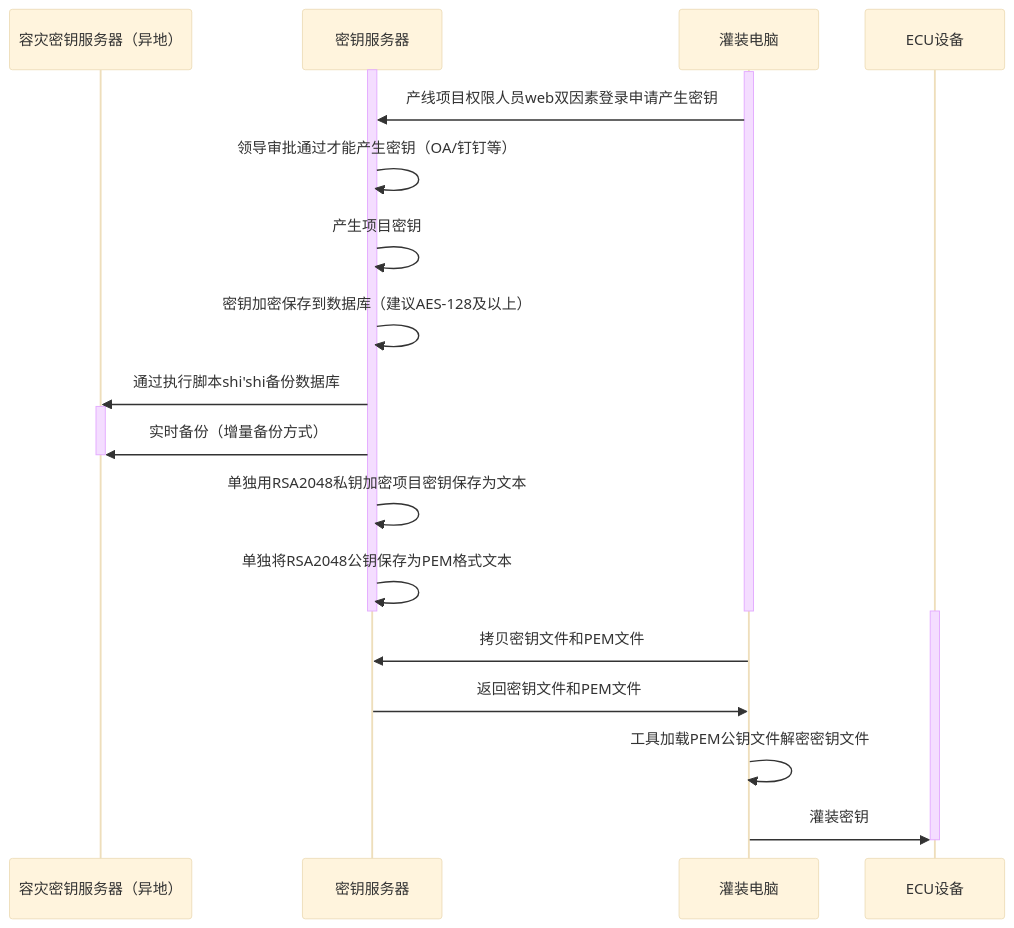
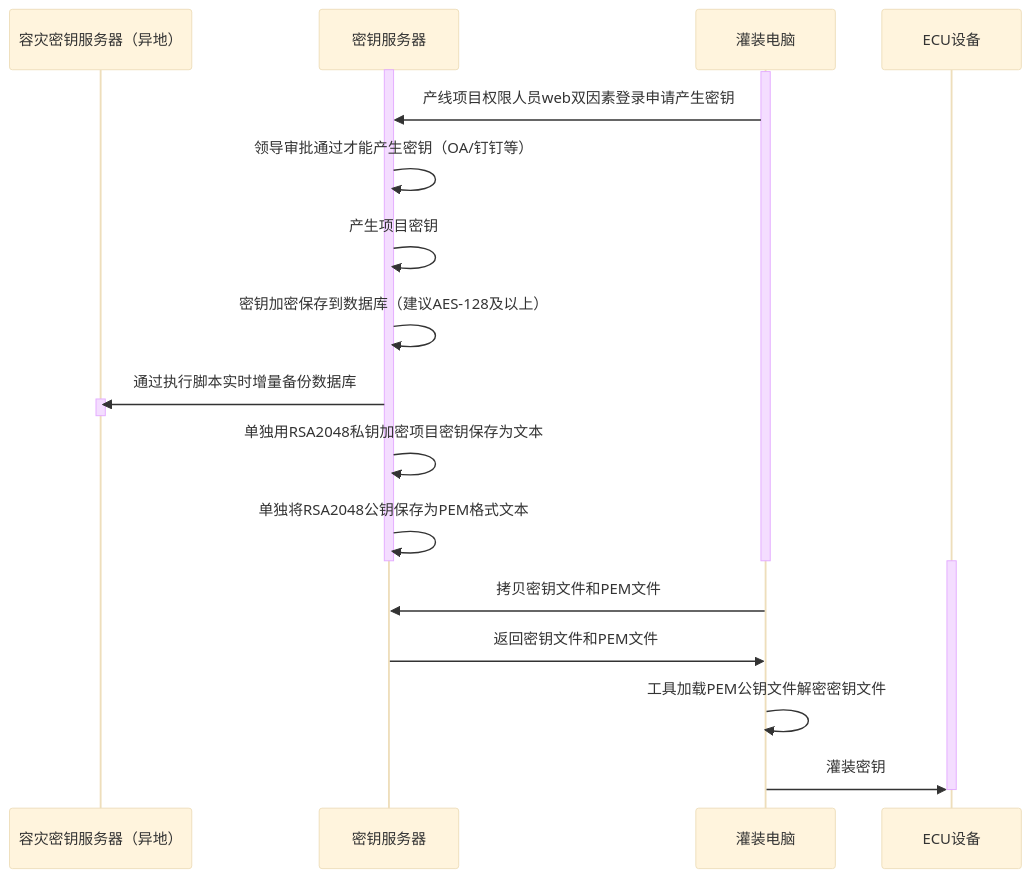
The diagram in all/未命名-15.md (facebook-cloud/iodraw-files), drawn with Mermaid (base theme) before and after one commit.

Commit message:
2026-02-11 19:33:16 update

````diff
--- a/all/未命名-15.md
+++ b/all/未命名-15.md
@@ -1,31 +1,31 @@
 ```mermaid
 sequenceDiagram
     participant A as 容灾密钥服务器（异地）
     participant B as 密钥服务器
     participant D as 灌装电脑
     participant E as ECU设备
 
     activate B
     activate D
     D->>B: 产线项目权限人员web双因素登录申请产生密钥
     B->>B: 领导审批通过才能产生密钥（OA/钉钉等）
     B->>B: 产生项目密钥
     B->>B: 密钥加密保存到数据库（建议AES-128及以上）
-    B->>A: 通过执行脚本shi'shi备份数据库
+    B->>A: 通过执行脚本实时增量备份数据库
 
     activate A
-    B->>A: 实时备份（增量备份方式）
+
     deactivate A
     B->>B: 单独用RSA2048私钥加密项目密钥保存为文本
     B->>B: 单独将RSA2048公钥保存为PEM格式文本
     deactivate B
     deactivate D
 
     activate E
     D->>B: 拷贝密钥文件和PEM文件
     B->>D: 返回密钥文件和PEM文件
     D->>D:工具加载PEM公钥文件解密密钥文件
     D->>E: 灌装密钥
     deactivate E
 
 ```
````
